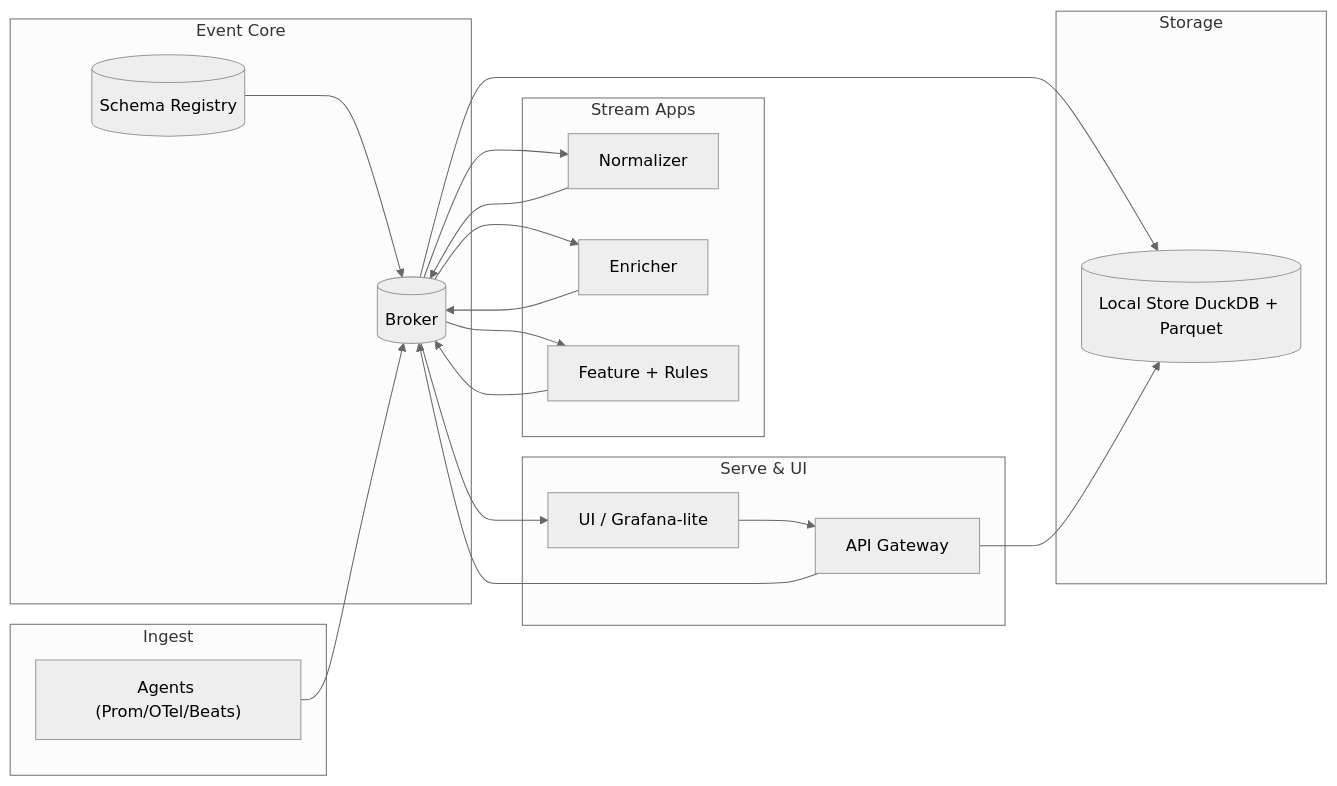
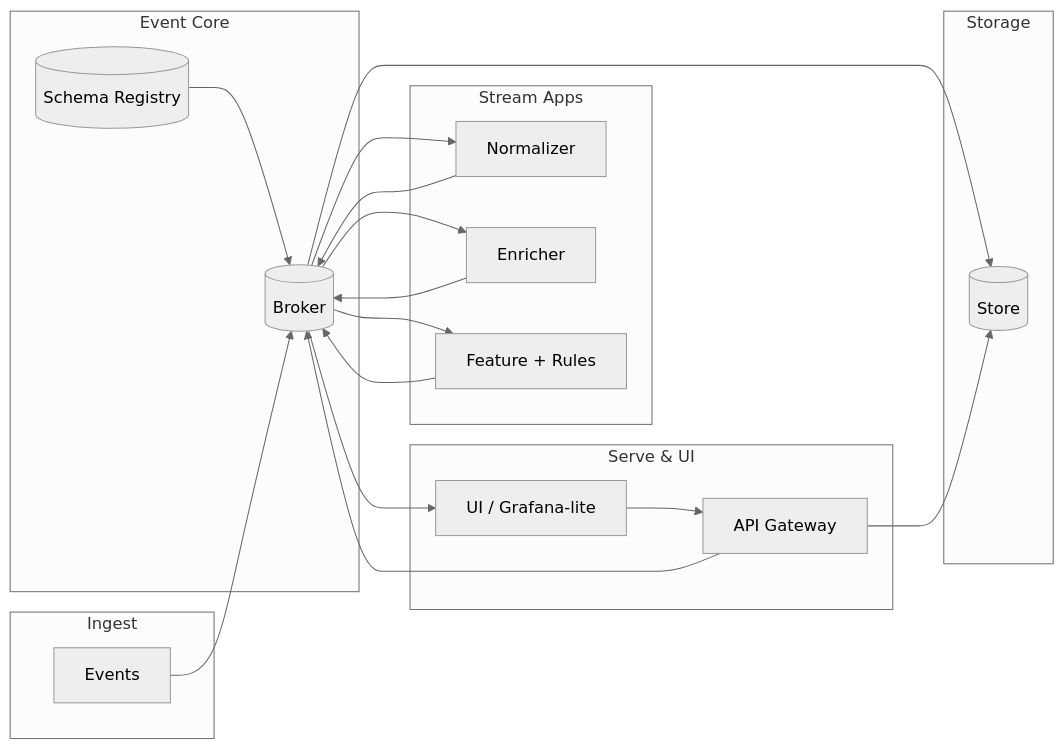
The diagram in README.md (lILogit/Observio), drawn with Mermaid (neutral theme) before and after one commit.

````diff
--- a/README.md
+++ b/README.md
@@ -21,37 +21,37 @@
 ```mermaid
 flowchart LR
   subgraph Ingest
-    Agent["Agents (Prom/OTel/Beats)"]
+    Agent["Events"]
   end
 
   subgraph Core["Event Core"]
     Bus[(Broker)]
     Reg[(Schema Registry)]
     Reg --> Bus
   end
 
   subgraph Stream["Stream Apps"]
     Norm[Normalizer]
     Enr[Enricher]
     Feat[Feature + Rules]
   end
 
   subgraph Storage
-    LS[(Local Store DuckDB + Parquet)]
+    LS[(Store)]
   end
 
   subgraph Serve["Serve & UI"]
     API[API Gateway]
     UI[UI / Grafana-lite]
   end
 
   Agent --> Bus
   Bus --> Norm --> Bus
   Bus --> Enr --> Bus
   Bus --> Feat --> Bus
   Bus --> LS
   API --> LS
   API --> Bus
   Bus --> UI
   UI --> API
 ```
````
